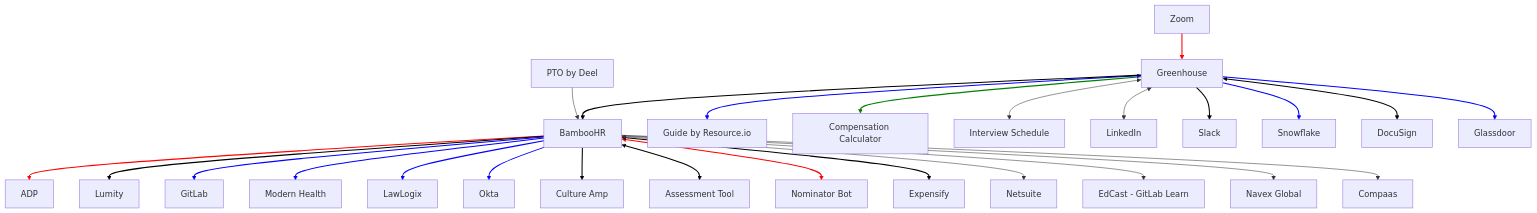
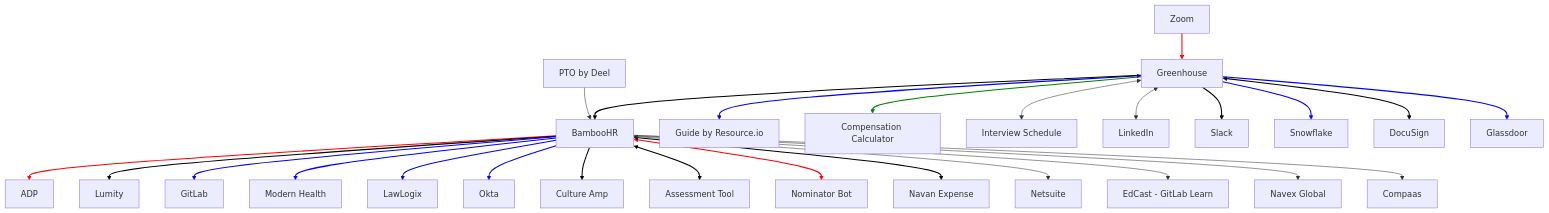
The diagram in people-group/systems-architecture/index.html.md (secretstartups/handbook), drawn with Mermaid before and after one commit. The commit also changed other lines of this file and 5 other files, not shown here.

Commit message:
Update Navan Expense from Expensify in People pages

```diff
--- a/people-group/systems-architecture/index.html.md
+++ b/people-group/systems-architecture/index.html.md
@@ -40,7 +40,7 @@
     W[DocuSign]
     X[Glassdoor]
     Y[Zoom]
-    Z[Expensify]
+    Z[Navan Expense]
     AA[Netsuite]
 
     A --> P 
```
